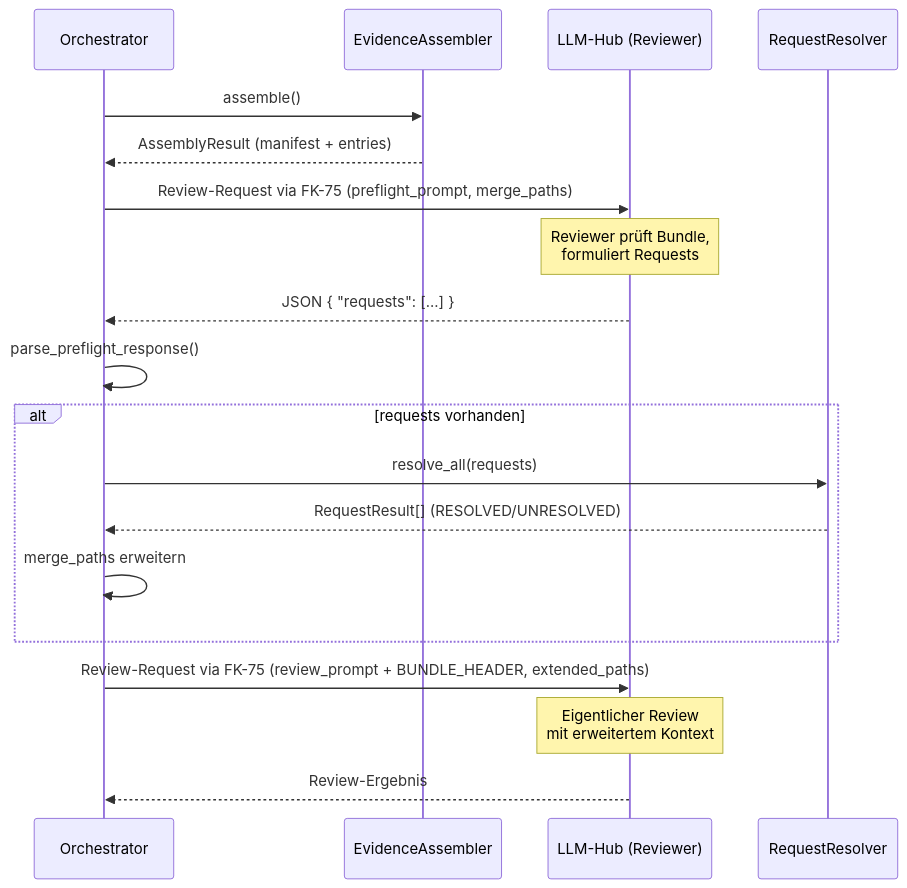
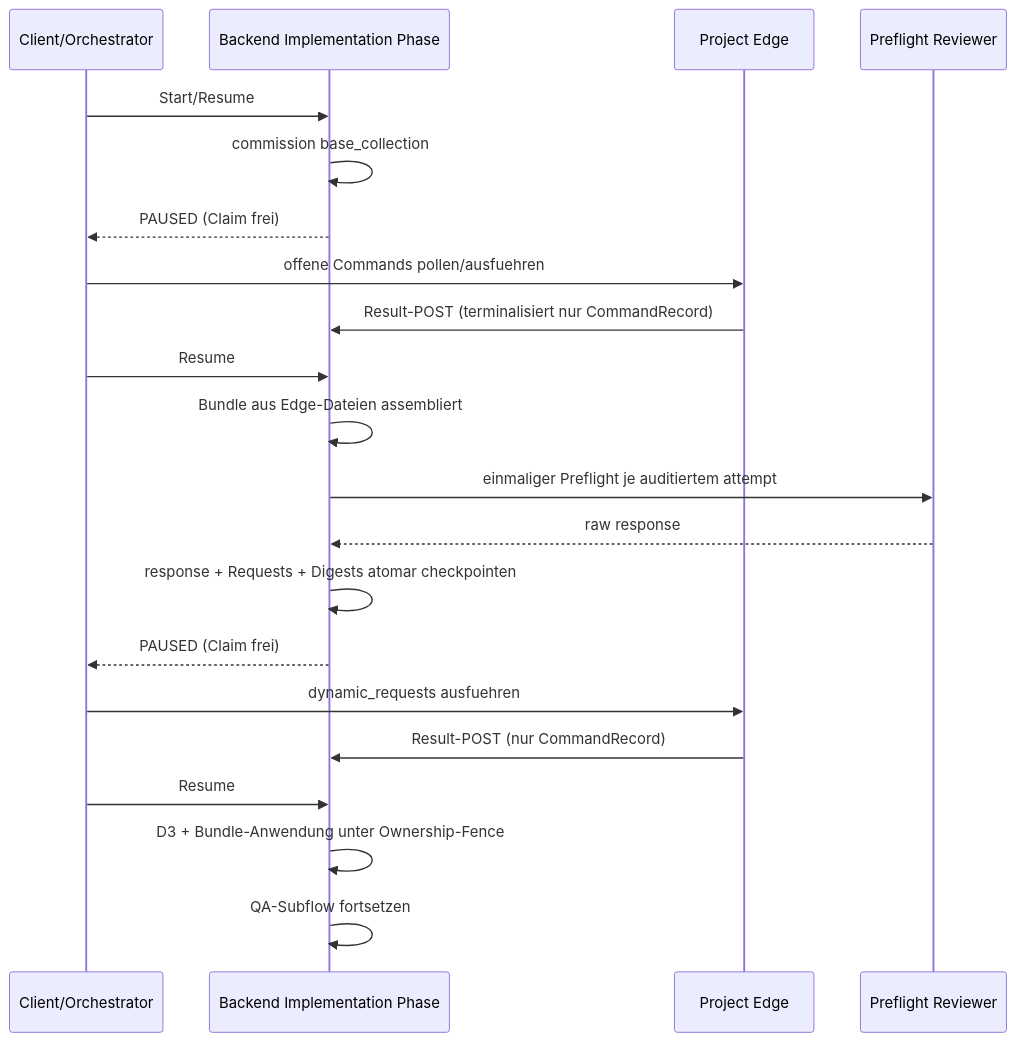
Before and after one commit to saltenhof/claude-agentkit3: the diagram in concept/technical-design/47_request_dsl_und_preflight_turn.md, drawn with Mermaid. The commit also changed other lines of this file and 59 other files, not shown here.

Commit message:
feat(AG3-156): relocate verify evidence collection to edge

````diff
--- a/concept/technical-design/47_request_dsl_und_preflight_turn.md
+++ b/concept/technical-design/47_request_dsl_und_preflight_turn.md
@@ -283,25 +109,23 @@
 ```mermaid
 sequenceDiagram
-    participant O as Orchestrator
-    participant A as EvidenceAssembler
-    participant R as LLM-Hub (Reviewer)
-    participant RR as RequestResolver
-
-    O->>A: assemble()
-    A-->>O: AssemblyResult (manifest + entries)
-
-    O->>R: Review-Request via FK-75 (preflight_prompt, merge_paths)
-    Note over R: Reviewer prüft Bundle,<br/>formuliert Requests
-    R-->>O: JSON { "requests": [...] }
-
-    O->>O: parse_preflight_response()
-    alt requests vorhanden
-        O->>RR: resolve_all(requests)
-        RR-->>O: RequestResult[] (RESOLVED/UNRESOLVED)
-        O->>O: merge_paths erweitern
-    end
-
-    O->>R: Review-Request via FK-75 (review_prompt + BUNDLE_HEADER, extended_paths)
-    Note over R: Eigentlicher Review<br/>mit erweitertem Kontext
-    R-->>O: Review-Ergebnis
+    participant C as Client/Orchestrator
+    participant B as Backend Implementation Phase
+    participant E as Project Edge
+    participant R as Preflight Reviewer
+    C->>B: Start/Resume
+    B->>B: commission base_collection
+    B-->>C: PAUSED (Claim frei)
+    C->>E: offene Commands pollen/ausfuehren
+    E->>B: Result-POST (terminalisiert nur CommandRecord)
+    C->>B: Resume
+    B->>B: Bundle aus Edge-Dateien assembliert
+    B->>R: einmaliger Preflight je auditiertem attempt
+    R-->>B: raw response
+    B->>B: response + Requests + Digests atomar checkpointen
+    B-->>C: PAUSED (Claim frei)
+    C->>E: dynamic_requests ausfuehren
+    E->>B: Result-POST (nur CommandRecord)
+    C->>B: Resume
+    B->>B: D3 + Bundle-Anwendung unter Ownership-Fence
+    B->>B: QA-Subflow fortsetzen
 ```
````
